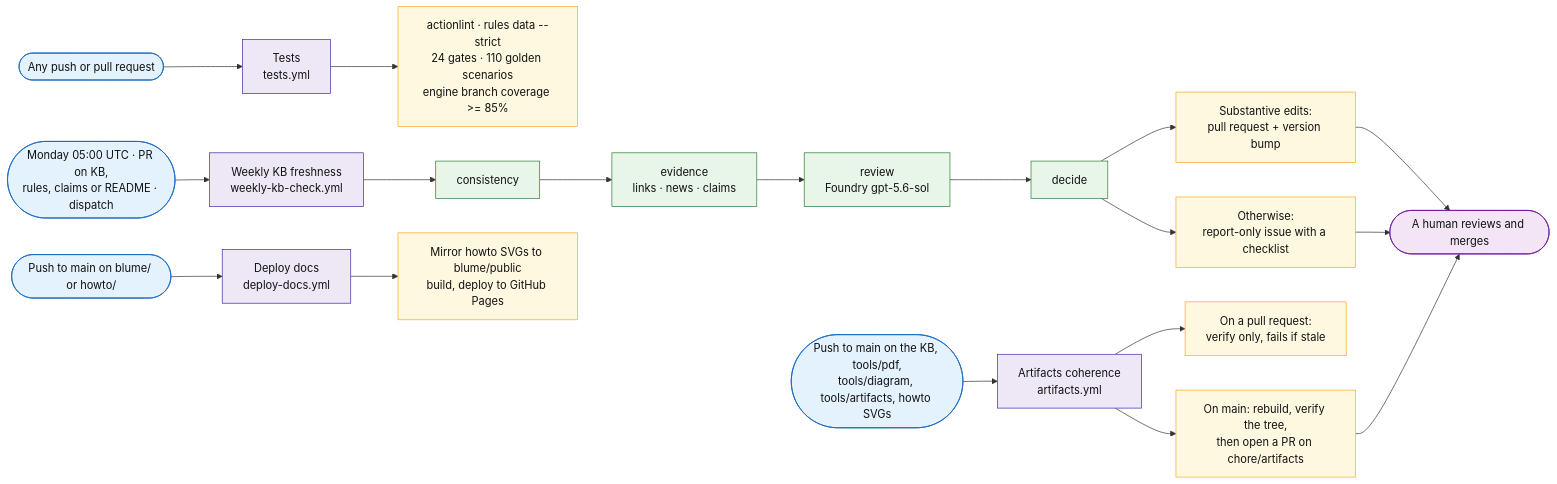
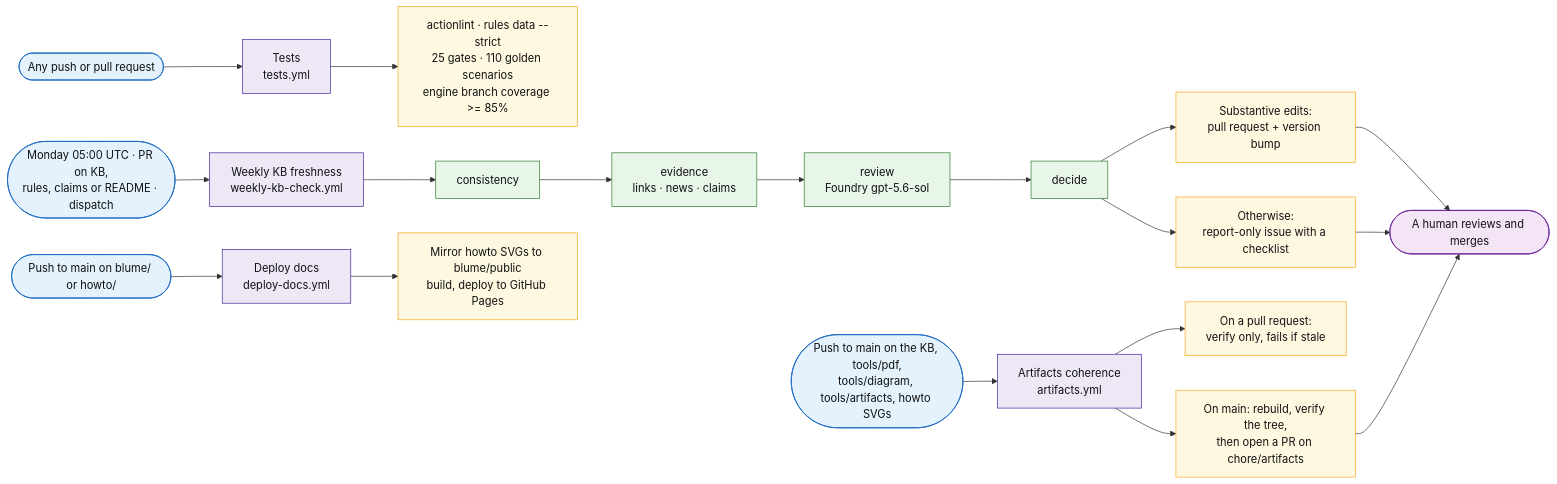
The sixth of 6 diagrams in docs/sql-migration-advisor-developer-pitch.md (fredgis/sql-migration-advisor), drawn with Mermaid before and after one commit. The commit also changed 9 other files, not shown here.

````diff
--- a/docs/sql-migration-advisor-developer-pitch.md
+++ b/docs/sql-migration-advisor-developer-pitch.md
@@ -990,33 +990,33 @@
 ```mermaid
 flowchart LR
     G1([Any push or pull request]) --> W1[Tests<br/>tests.yml]
     G2([Monday 05:00 UTC · PR on KB,<br/>rules, claims or README · dispatch]) --> W2[Weekly KB freshness<br/>weekly-kb-check.yml]
     G3([Push to main on the KB, tools/pdf,<br/>tools/diagram, tools/artifacts, howto SVGs]) --> W3[Artifacts coherence<br/>artifacts.yml]
     G4([Push to main on blume/ or howto/]) --> W4[Deploy docs<br/>deploy-docs.yml]
 
-    W1 --> O1[actionlint · rules data --strict<br/>24 gates · 110 golden scenarios<br/>engine branch coverage >= 85%]
+    W1 --> O1[actionlint · rules data --strict<br/>25 gates · 110 golden scenarios<br/>engine branch coverage >= 85%]
 
     W2 --> C1[consistency] --> C2[evidence<br/>links · news · claims] --> C3[review<br/>Foundry gpt-5.6-sol] --> C4[decide]
     C4 --> O2a[Substantive edits:<br/>pull request + version bump]
     C4 --> O2b[Otherwise:<br/>report-only issue with a checklist]
 
     W3 --> O3a[On a pull request:<br/>verify only, fails if stale]
     W3 --> O3b[On main: rebuild, verify the tree,<br/>then open a PR on chore/artifacts]
 
     W4 --> O4[Mirror howto SVGs to blume/public<br/>build, deploy to GitHub Pages]
 
     O2a --> H([A human reviews and merges])
     O2b --> H
     O3b --> H
 
     classDef trig fill:#e3f2fd,stroke:#1565c0,color:#111
     classDef flow fill:#ede7f6,stroke:#4527a0,color:#111
     classDef step fill:#e8f5e9,stroke:#2e7d32,color:#111
     classDef out fill:#fff8e1,stroke:#f9a825,color:#111
     classDef human fill:#f3e5f5,stroke:#6a1b9a,color:#111
     class G1,G2,G3,G4 trig
     class W1,W2,W3,W4 flow
     class C1,C2,C3,C4 step
     class O1,O2a,O2b,O3a,O3b,O4 out
     class H human
 ```
````
